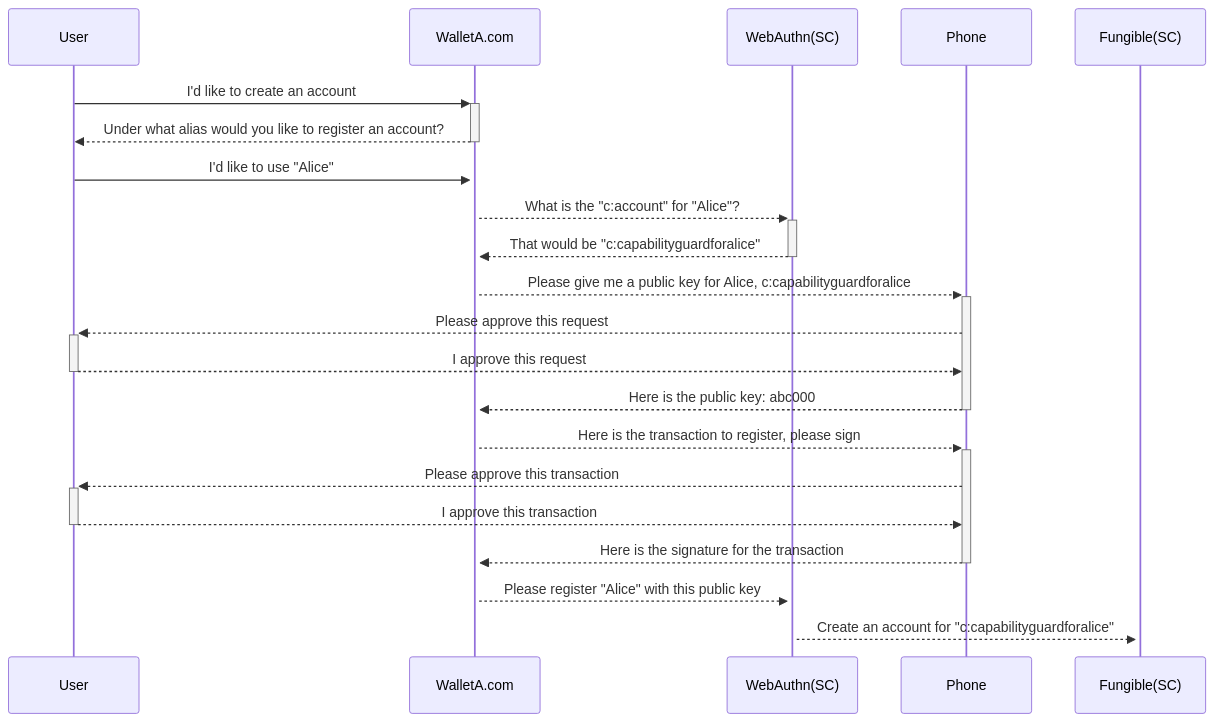
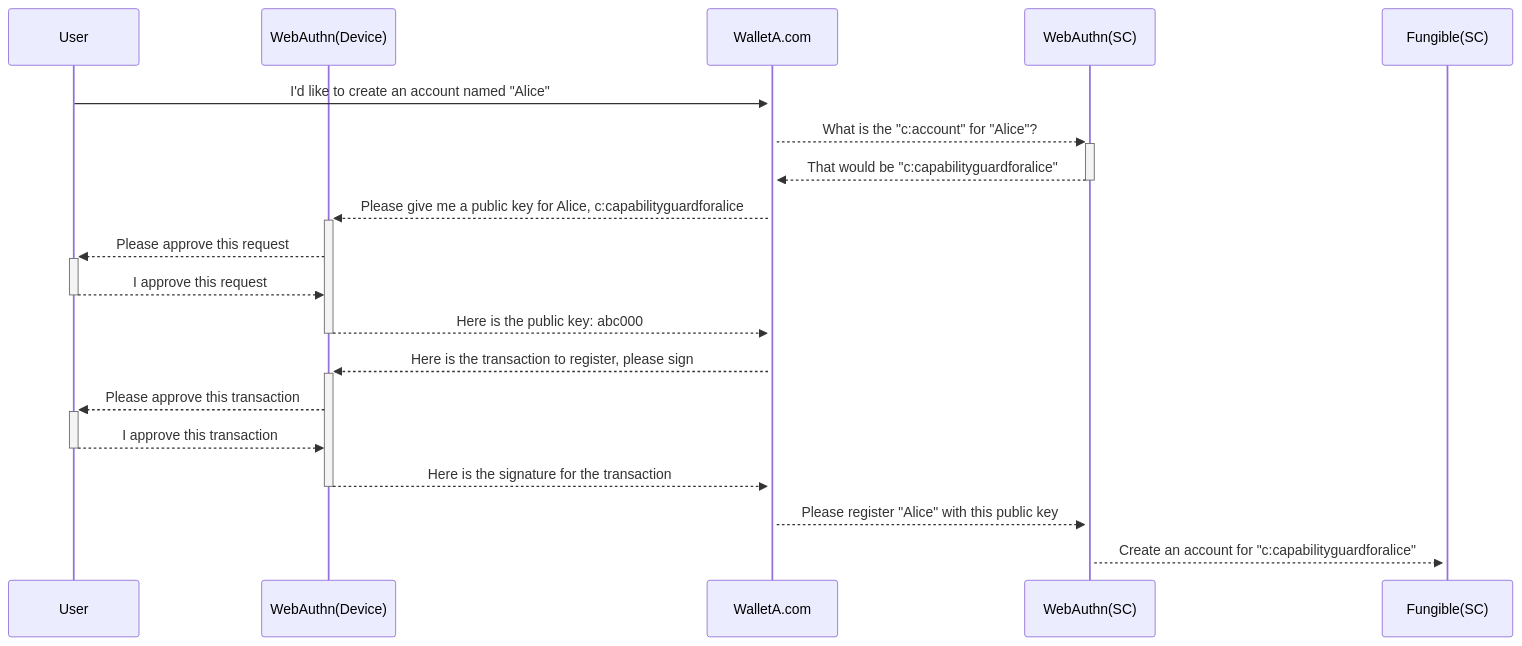
One commit to kadena-community/spirekey changed the first of 3 diagrams in README.md. Above: the diagram before and after it, drawn with Mermaid.

Commit message:
Change participant order

````diff
--- a/README.md
+++ b/README.md
@@ -129,19 +129,22 @@
 ```mermaid
 sequenceDiagram
-  User->>+WalletA.com: I'd like to create an account
-  WalletA.com-->>-User: Under what alias would you like to register an account?
-  User->>+WalletA.com: I'd like to use "Alice"
+  participant User
+  participant WebAuthn(Device)
+  participant WalletA.com
+  participant WebAuthn(SC)
+  participant Fungible(SC)
+
+  User->>+WalletA.com: I'd like to create an account named "Alice"
   WalletA.com-->>+WebAuthn(SC): What is the "c:account" for "Alice"?
   WebAuthn(SC)-->>-WalletA.com: That would be "c:capabilityguardforalice"
-  WalletA.com-->>+Phone: Please give me a public key for Alice, c:capabilityguardforalice
-  Phone-->>+User: Please approve this request
-  User-->>-Phone: I approve this request
-  Phone-->>-WalletA.com: Here is the public key: abc000
-  WalletA.com-->>+Phone: Here is the transaction to register, please sign
-  Phone-->>+User: Please approve this transaction
-  User-->>-Phone: I approve this transaction
-  Phone-->>-WalletA.com: Here is the signature for the transaction
+  WalletA.com-->>+WebAuthn(Device): Please give me a public key for Alice, c:capabilityguardforalice
+  WebAuthn(Device)-->>+User: Please approve this request
+  User-->>-WebAuthn(Device): I approve this request
+  WebAuthn(Device)-->>-WalletA.com: Here is the public key: abc000
+  WalletA.com-->>+WebAuthn(Device): Here is the transaction to register, please sign
+  WebAuthn(Device)-->>+User: Please approve this transaction
+  User-->>-WebAuthn(Device): I approve this transaction
+  WebAuthn(Device)-->>-WalletA.com: Here is the signature for the transaction
   WalletA.com-->>+WebAuthn(SC): Please register "Alice" with this public key
   WebAuthn(SC)-->>+Fungible(SC): Create an account for "c:capabilityguardforalice"
-
 ```
````
